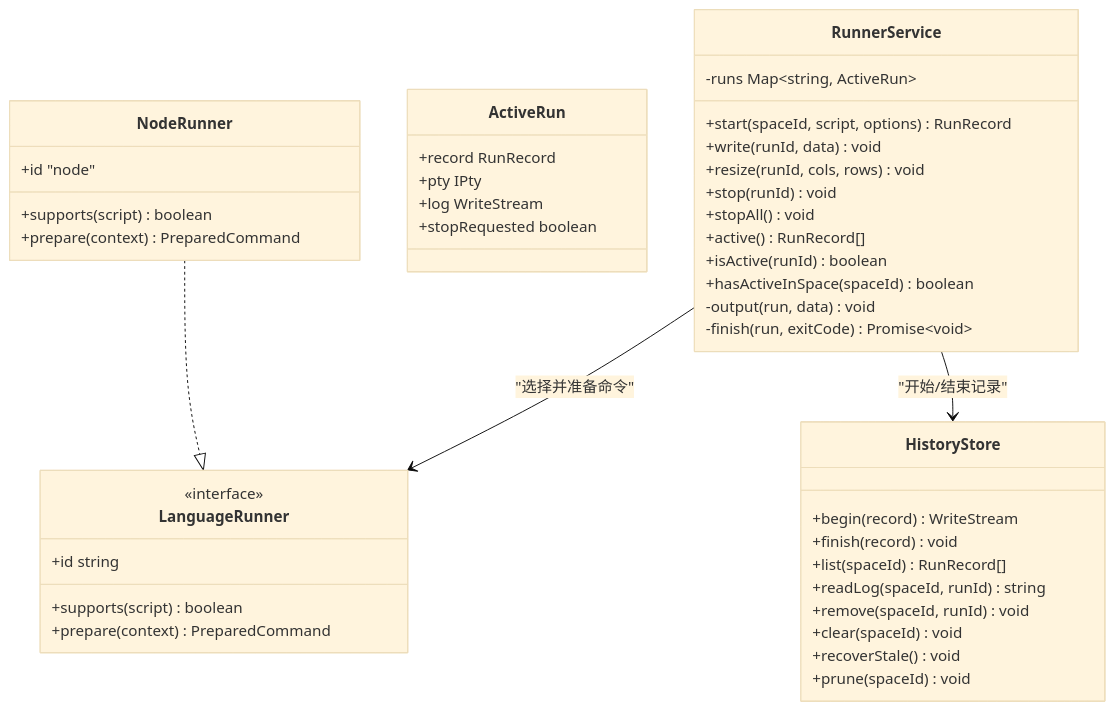
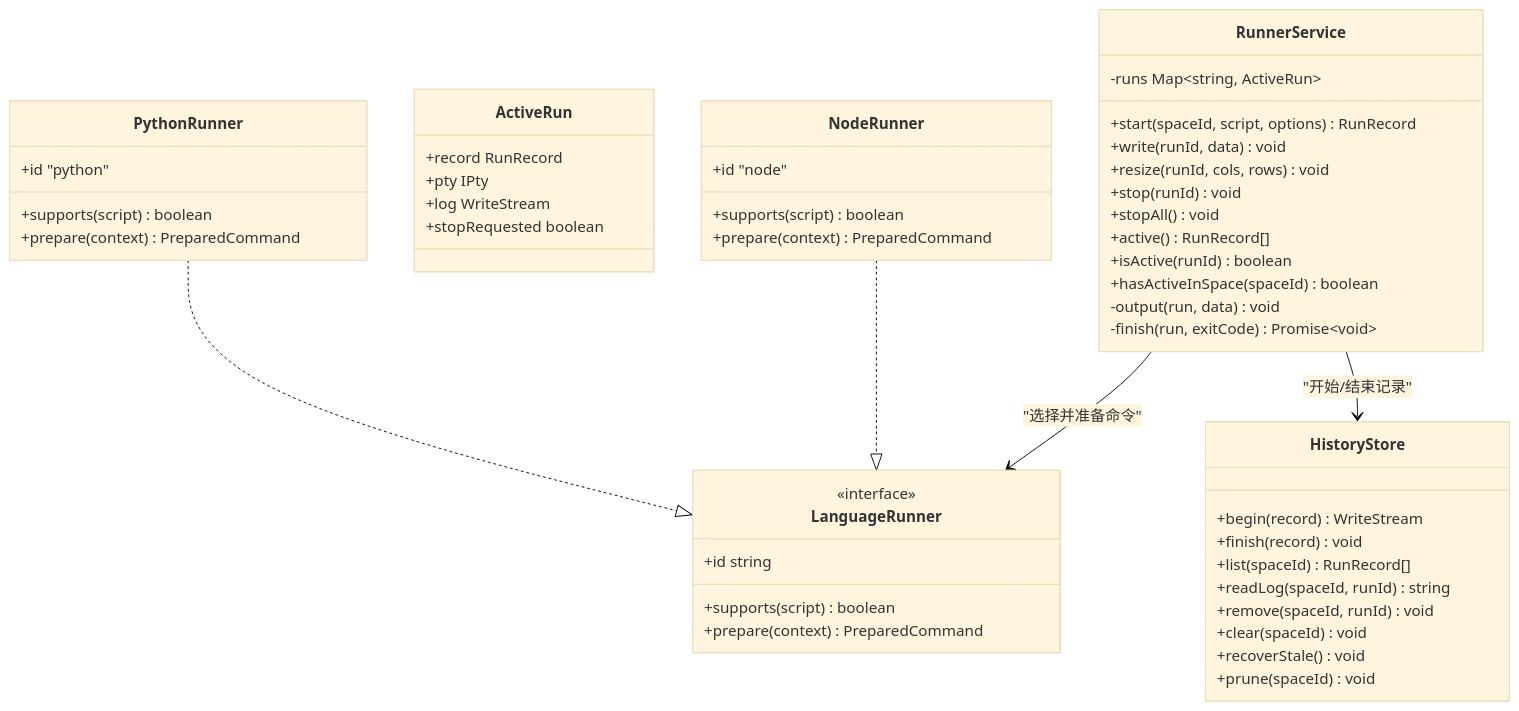
One commit to hozeeee/script-box changed the third of 6 diagrams in .qoder/repowiki/zh/content/架构设计/服务层架构/Runner 服务（脚本运行器）/Runner 服务（脚本运行器）.md. Above: the diagram before and after it, drawn with Mermaid (base theme). The commit also changed other lines of this file and 6 other files, not shown here.

````diff
--- a/.qoder/repowiki/zh/content/架构设计/服务层架构/Runner 服务（脚本运行器）/Runner 服务（脚本运行器）.md
+++ b/.qoder/repowiki/zh/content/架构设计/服务层架构/Runner 服务（脚本运行器）/Runner 服务（脚本运行器）.md
@@ -165,46 +193,52 @@
 ```mermaid
 classDiagram
 class RunnerService {
 +start(spaceId, script, options) RunRecord
 +write(runId, data) void
 +resize(runId, cols, rows) void
 +stop(runId) void
 +stopAll() void
 +active() RunRecord[]
 +isActive(runId) boolean
 +hasActiveInSpace(spaceId) boolean
 -output(run, data) void
 -finish(run, exitCode) Promise~void~
 -runs Map~string, ActiveRun~
 }
 class ActiveRun {
 +record RunRecord
 +pty IPty
 +log WriteStream
 +stopRequested boolean
 }
 class LanguageRunner {
 <<interface>>
 +id string
 +supports(script) boolean
 +prepare(context) PreparedCommand
 }
 class NodeRunner {
 +id "node"
 +supports(script) boolean
 +prepare(context) PreparedCommand
 }
+class PythonRunner {
++id "python"
++supports(script) boolean
++prepare(context) PreparedCommand
+}
 class HistoryStore {
 +begin(record) WriteStream
 +finish(record) void
 +list(spaceId) RunRecord[]
 +readLog(spaceId, runId) string
 +remove(spaceId, runId) void
 +clear(spaceId) void
 +recoverStale() void
 +prune(spaceId) void
 }
 RunnerService --> LanguageRunner : "选择并准备命令"
 RunnerService --> HistoryStore : "开始/结束记录"
 NodeRunner ..|> LanguageRunner
+PythonRunner ..|> LanguageRunner
 ```
````
